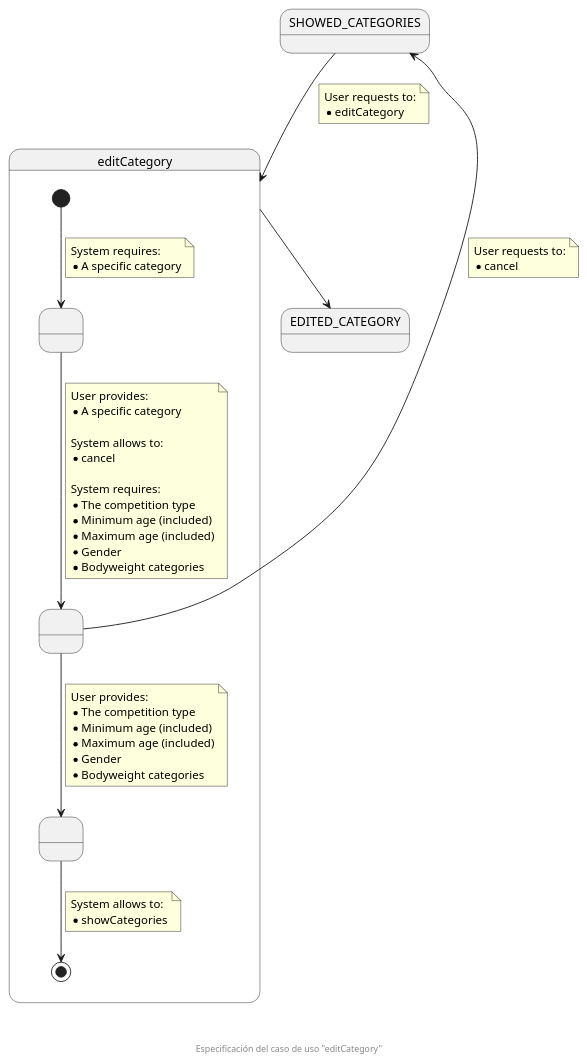
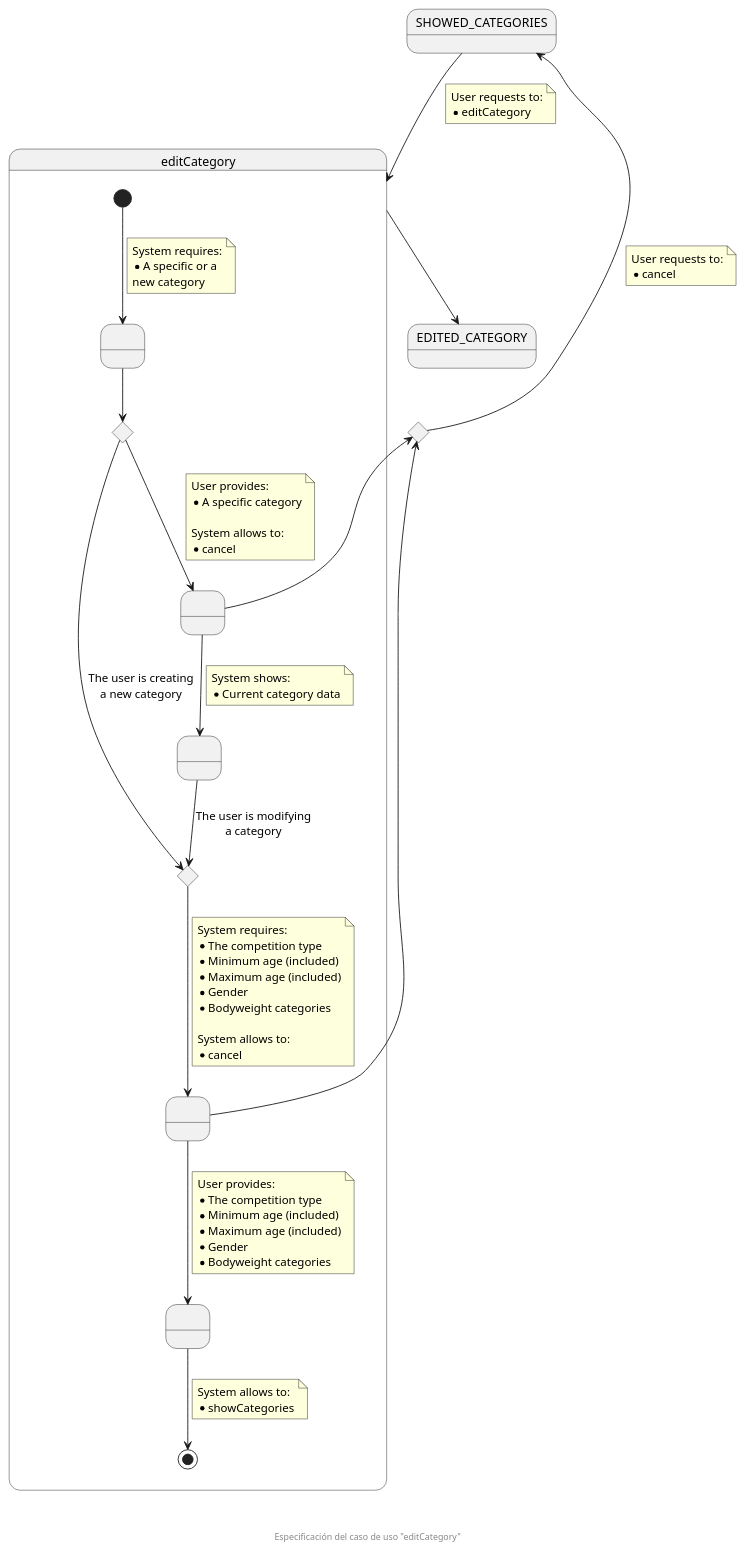
Before and after one commit to zuldare/mastercloud_pfm_halterocms: the diagram in diagrams/useCasesSpecification/organizationSecretary/03_editCategory.puml, drawn with PlantUML.

Commit message:
Improve editCategory use case specification

```diff
--- a/diagrams/useCasesSpecification/organizationSecretary/03_editCategory.puml
+++ b/diagrams/useCasesSpecification/organizationSecretary/03_editCategory.puml
@@ -1,58 +1,80 @@
 @startuml
 state SHOWED_CATEGORIES
+state enterCancelCHC <<choice>>
 state editCategory {
   state " " as pendingCategory
+  state createOrModifyCHC <<choice>>
   state " " as providedCategory
+  state " " as showedData
+  state createOrModifyCHC2 <<choice>>
+  state " " as pendingData
   state " " as providedData
   [*] --> pendingCategory
   note on link
     System requires:
-    * A specific category
+    * A specific or a 
+    new category
   end note
-  pendingCategory --> providedCategory
+  pendingCategory --> createOrModifyCHC
+  createOrModifyCHC --> providedCategory
   note on link
     User provides:
     * A specific category
 
     System allows to:
     * cancel
-
+  end note
+ createOrModifyCHC --> createOrModifyCHC2 : The user is creating\na new category
+  providedCategory --> showedData
+  note on link
+    System shows:
+    * Current category data
+  end note
+  showedData --> createOrModifyCHC2 : The user is modifying\na category
+  createOrModifyCHC2 --> pendingData
+  note on link
     System requires:
     * The competition type
     * Minimum age (included)
     * Maximum age (included)
     * Gender
     * Bodyweight categories
+
+    System allows to:
+    * cancel
   end note
-  providedCategory --> providedData
+  pendingData -u-> enterCancelCHC
+  pendingData --> providedData
   note on link
     User provides:
     * The competition type
     * Minimum age (included)
     * Maximum age (included)
     * Gender
     * Bodyweight categories
   end note
-  providedCategory -u-> SHOWED_CATEGORIES
-  note on link
-    User requests to:
-    * cancel
-  end note
+  providedCategory -u-> enterCancelCHC
   providedData --> [*]
   note on link
     System allows to:
     * showCategories
   end note
 }
 state EDITED_CATEGORY
 
 SHOWED_CATEGORIES -d-> editCategory
 note on link
   User requests to:
   * editCategory
 end note
 
 editCategory -d-> EDITED_CATEGORY
 
+enterCancelCHC -u-> SHOWED_CATEGORIES
+note on link
+  User requests to:
+  * cancel
+end note
+
 footer \n\n\n Especificación del caso de uso "editCategory"
 @enduml
```
